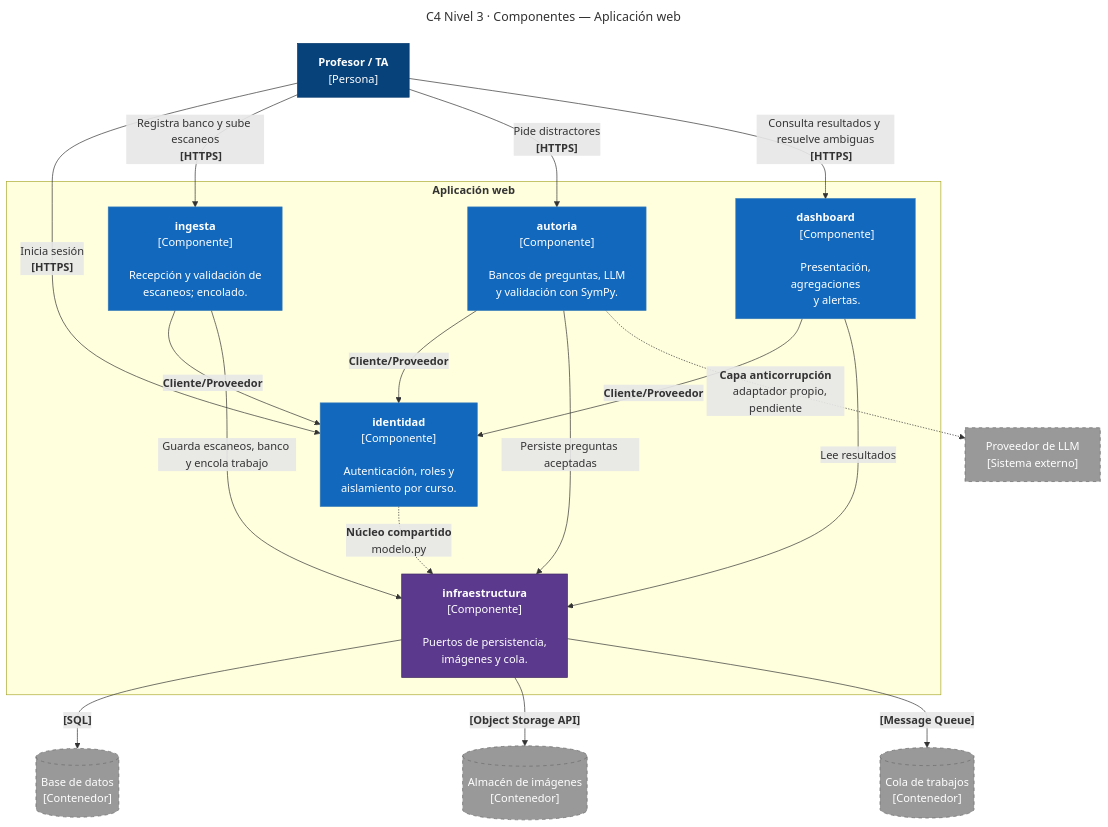
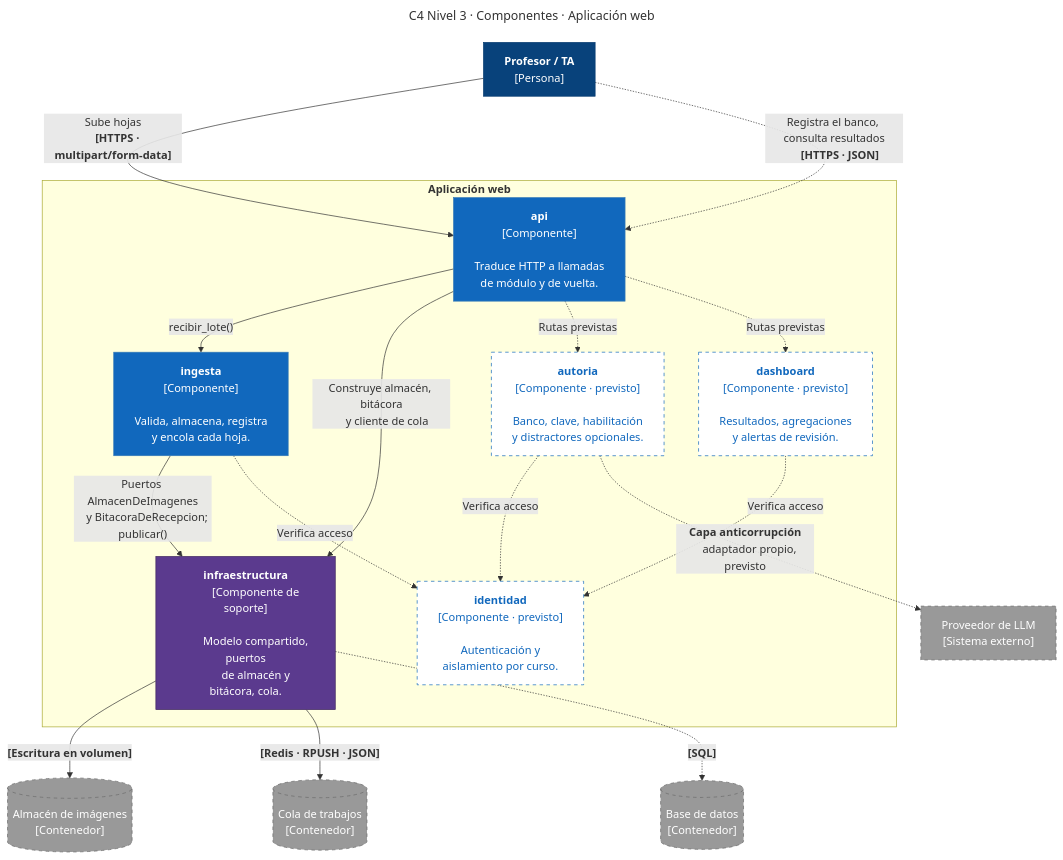
One commit to ISCOUTB/AS_202620_Sistema-de-calificacion-automatica changed the third of 4 diagrams in docs/c4/doc-c4.md. Above: the diagram before and after it, drawn with Mermaid. The commit also changed other lines of this file, not shown here.

First line of the commit message:
docs(c4): reescribir el Nivel 3 contra el código real

````diff
--- a/docs/c4/doc-c4.md
+++ b/docs/c4/doc-c4.md
@@ -367,85 +360,91 @@
 ```mermaid
 ---
-title: "C4 Nivel 3 · Componentes — Aplicación web"
+title: "C4 Nivel 3 · Componentes · Aplicación web"
 ---
 flowchart TB
     profesor["<b>Profesor / TA</b>
     [Persona]"]
- 
+
     subgraph web["<b>Aplicación web</b>"]
-        identidad["<b>identidad</b>
+        api["<b>api</b>
         [Componente]
- 
-        Autenticación, roles y
-        aislamiento por curso."]
- 
+
+        Traduce HTTP a llamadas
+        de módulo y de vuelta."]
+
         ingesta["<b>ingesta</b>
         [Componente]
- 
-        Recepción y validación de
-        escaneos; encolado."]
- 
+
+        Valida, almacena, registra
+        y encola cada hoja."]
+
         autoria["<b>autoria</b>
-        [Componente]
- 
-        Bancos de preguntas, LLM
-        y validación con SymPy."]
- 
+        [Componente · previsto]
+
+        Banco, clave, habilitación
+        y distractores opcionales."]
+
         dashboard["<b>dashboard</b>
-        [Componente]
- 
-        Presentación, agregaciones
-        y alertas."]
- 
+        [Componente · previsto]
+
+        Resultados, agregaciones
+        y alertas de revisión."]
+
+        identidad["<b>identidad</b>
+        [Componente · previsto]
+
+        Autenticación y
+        aislamiento por curso."]
+
         infraestructura["<b>infraestructura</b>
-        [Componente]
- 
-        Puertos de persistencia,
-        imágenes y cola."]
+        [Componente de soporte]
+
+        Modelo compartido, puertos
+        de almacén y bitácora, cola."]
     end
- 
-    db[("Base de datos
-    [Contenedor]")]
+
     imagenes[("Almacén de imágenes
     [Contenedor]")]
     cola[("Cola de trabajos
     [Contenedor]")]
+    db[("Base de datos
+    [Contenedor]")]
     llm["Proveedor de LLM
     [Sistema externo]"]
- 
-    profesor -->|"Inicia sesión
-    <b>[HTTPS]</b>"| identidad
-    profesor -->|"Registra banco y sube escaneos
-    <b>[HTTPS]</b>"| ingesta
-    profesor -->|"Pide distractores
-    <b>[HTTPS]</b>"| autoria
-    profesor -->|"Consulta resultados y resuelve ambiguas
-    <b>[HTTPS]</b>"| dashboard
- 
-    ingesta -->|"<b>Cliente/Proveedor</b>"| identidad
-    autoria -->|"<b>Cliente/Proveedor</b>"| identidad
-    dashboard -->|"<b>Cliente/Proveedor</b>"| identidad
- 
-    ingesta -->|"Guarda escaneos, banco y encola trabajo"| infraestructura
-    autoria -->|"Persiste preguntas aceptadas"| infraestructura
-    dashboard -->|"Lee resultados"| infraestructura
-    identidad -.->|"<b>Núcleo compartido</b>
-    modelo.py"| infraestructura
- 
-    infraestructura -->|"<b>[SQL]</b>"| db
-    infraestructura -->|"<b>[Object Storage API]</b>"| imagenes
-    infraestructura -->|"<b>[Message Queue]</b>"| cola
- 
+
+    profesor -->|"Sube hojas
+    <b>[HTTPS · multipart/form-data]</b>"| api
+    profesor -.->|"Registra el banco, consulta resultados
+    <b>[HTTPS · JSON]</b>"| api
+
+    api -->|"recibir_lote()"| ingesta
+    api -->|"Construye almacén, bitácora
+    y cliente de cola"| infraestructura
+    api -.->|"Rutas previstas"| autoria
+    api -.->|"Rutas previstas"| dashboard
+
+    ingesta -->|"Puertos AlmacenDeImagenes
+    y BitacoraDeRecepcion; publicar()"| infraestructura
+    ingesta -.->|"Verifica acceso"| identidad
+    autoria -.->|"Verifica acceso"| identidad
+    dashboard -.->|"Verifica acceso"| identidad
+
+    infraestructura -->|"<b>[Escritura en volumen]</b>"| imagenes
+    infraestructura -->|"<b>[Redis · RPUSH · JSON]</b>"| cola
+    infraestructura -.->|"<b>[SQL]</b>"| db
+
     autoria -.->|"<b>Capa anticorrupción</b>
-    adaptador propio, pendiente"| llm
- 
+    adaptador propio, previsto"| llm
+
     classDef person fill:#08427B,stroke:#073B6F,color:#ffffff
     classDef component fill:#1168BD,stroke:#3379B7,color:#ffffff
+    classDef previsto fill:#ffffff,stroke:#1168BD,color:#1168BD,stroke-dasharray: 5 5
     classDef soporte fill:#5B3A8E,stroke:#42295F,color:#ffffff
     classDef external fill:#999999,stroke:#6B6B6B,color:#ffffff,stroke-dasharray: 5 5
- 
+
     class profesor person
-    class identidad,ingesta,autoria,dashboard component
+    class api,ingesta component
+    class autoria,dashboard,identidad previsto
     class infraestructura soporte
-    class db,imagenes,cola,llm external
+    class imagenes,cola,db,llm external
 ```
````
